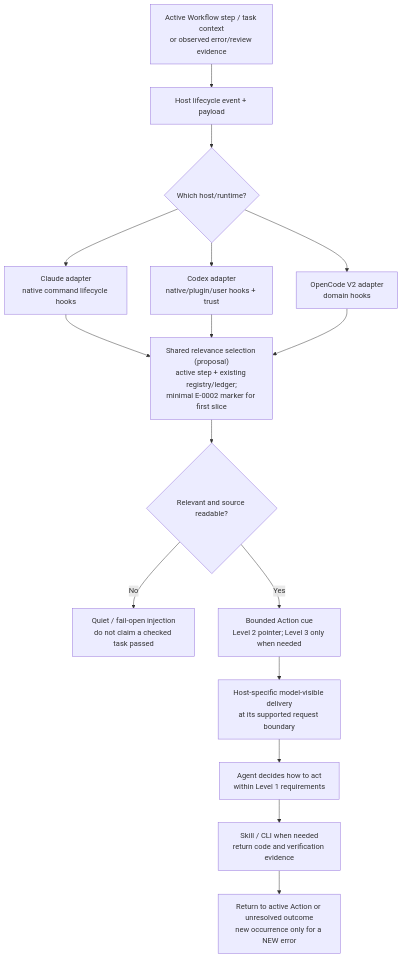
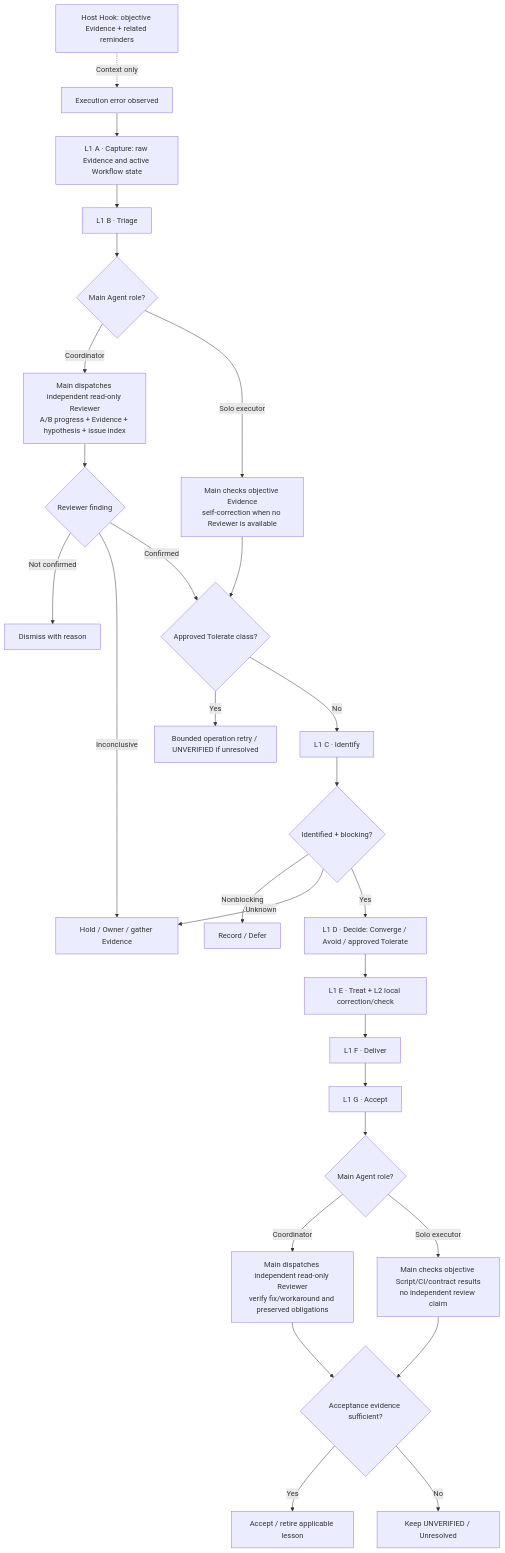
Before and after one commit to dyphn1/Harness-everything: the first of 3 diagrams in docs/discussions/error-hook-framework/README.md, drawn with Mermaid. The commit also changed other lines of this file, not shown here.

Commit message:
docs(hooks): make coordinator reviewer mandatory and solo self-correction explicit in overview (#439)

````diff
--- a/docs/discussions/error-hook-framework/README.md
+++ b/docs/discussions/error-hook-framework/README.md
@@ -70,18 +70,30 @@
 ```mermaid
 flowchart TD
-    WF["Active Workflow step / task context<br/>or observed error/review evidence"] --> EVENT["Host lifecycle event + payload"]
-    EVENT --> HOST{"Which host/runtime?"}
-    HOST --> CLAUDE["Claude adapter<br/>native command lifecycle hooks"]
-    HOST --> CODEX["Codex adapter<br/>native/plugin/user hooks + trust"]
-    HOST --> OPEN["OpenCode V2 adapter<br/>domain hooks"]
-    CLAUDE --> SELECT["Shared relevance selection (proposal)<br/>active step + existing registry/ledger;<br/>minimal E-0002 marker for first slice"]
-    CODEX --> SELECT
-    OPEN --> SELECT
-    SELECT --> MATCH{"Relevant and source readable?"}
-    MATCH -->|No| SILENT["Quiet / fail-open injection<br/>do not claim a checked task passed"]
-    MATCH -->|Yes| CUE["Bounded Action cue<br/>Level 2 pointer; Level 3 only when needed"]
-    CUE --> DELIVERY["Host-specific model-visible delivery<br/>at its supported request boundary"]
-    DELIVERY --> AGENT["Agent decides how to act<br/>within Level 1 requirements"]
-    AGENT --> EXEC["Skill / CLI when needed<br/>return code and verification evidence"]
-    EXEC --> FLOW["Return to active Action or unresolved outcome<br/>new occurrence only for a NEW error"]
+  H["Host Hook: objective Evidence + related reminders"] -. "Context only" .-> O
+  O["Execution error observed"] --> A["L1 A · Capture: raw Evidence and active Workflow state"]
+  A --> B["L1 B · Triage"]
+  B --> MODE{"Main Agent role?"}
+  MODE -->|Coordinator| R["Main dispatches independent read-only Reviewer<br/>A/B progress + Evidence + hypothesis + issue index"]
+  MODE -->|Solo executor| S["Main checks objective Evidence<br/>self-correction when no Reviewer is available"]
+  R --> FIND{"Reviewer finding"}
+  FIND -->|Not confirmed| DIS["Dismiss with reason"]
+  FIND -->|Inconclusive| HOLD["Hold / Owner / gather Evidence"]
+  FIND -->|Confirmed| T{"Approved Tolerate class?"}
+  S --> T
+  T -->|Yes| FAST["Bounded operation retry / UNVERIFIED if unresolved"]
+  T -->|No| C["L1 C · Identify"]
+  C --> BL{"Identified + blocking?"}
+  BL -->|Nonblocking| DEF["Record / Defer"]
+  BL -->|Unknown| HOLD
+  BL -->|Yes| D["L1 D · Decide: Converge / Avoid / approved Tolerate"]
+  D --> E["L1 E · Treat + L2 local correction/check"]
+  E --> F["L1 F · Deliver"]
+  F --> G["L1 G · Accept"]
+  G --> A_MODE{"Main Agent role?"}
+  A_MODE -->|Coordinator| VERIFY["Main dispatches independent read-only Reviewer<br/>verify fix/workaround and preserved obligations"]
+  A_MODE -->|Solo executor| MECH["Main checks objective Script/CI/contract results<br/>no independent review claim"]
+  VERIFY --> COND{"Acceptance evidence sufficient?"}
+  MECH --> COND
+  COND -->|Yes| OK["Accept / retire applicable lesson"]
+  COND -->|No| U["Keep UNVERIFIED / Unresolved"]
 ```
````
